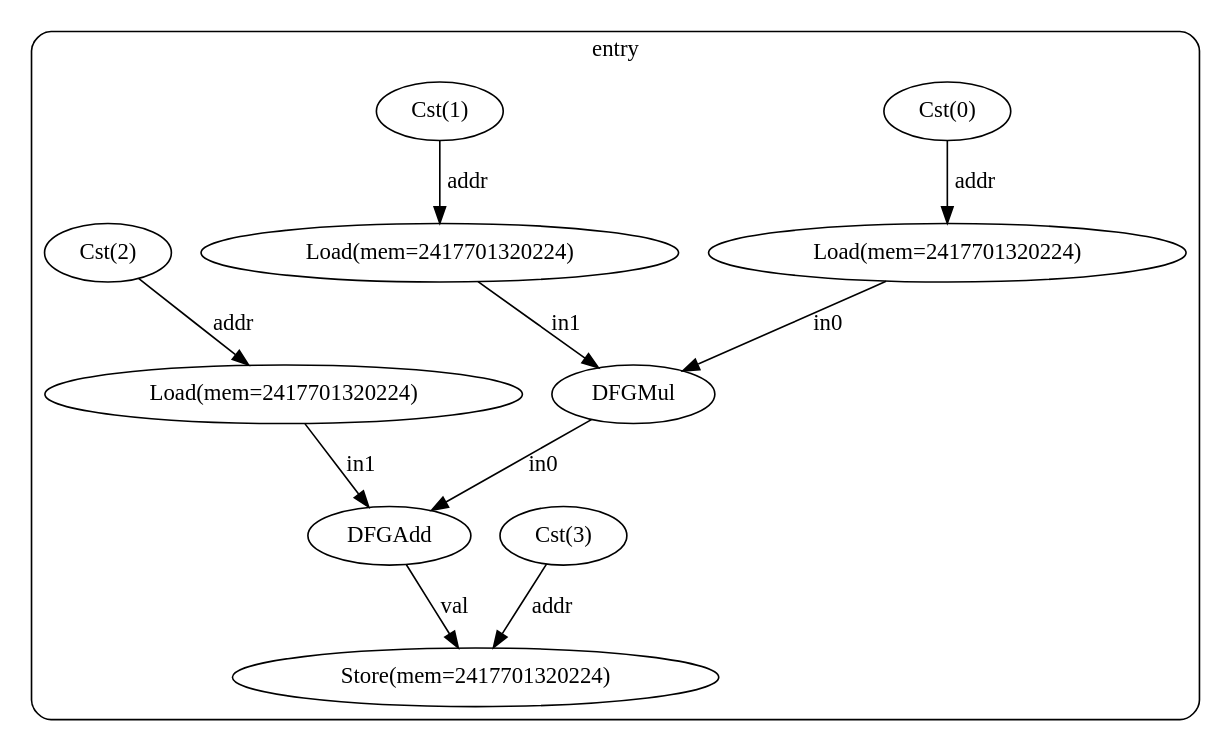
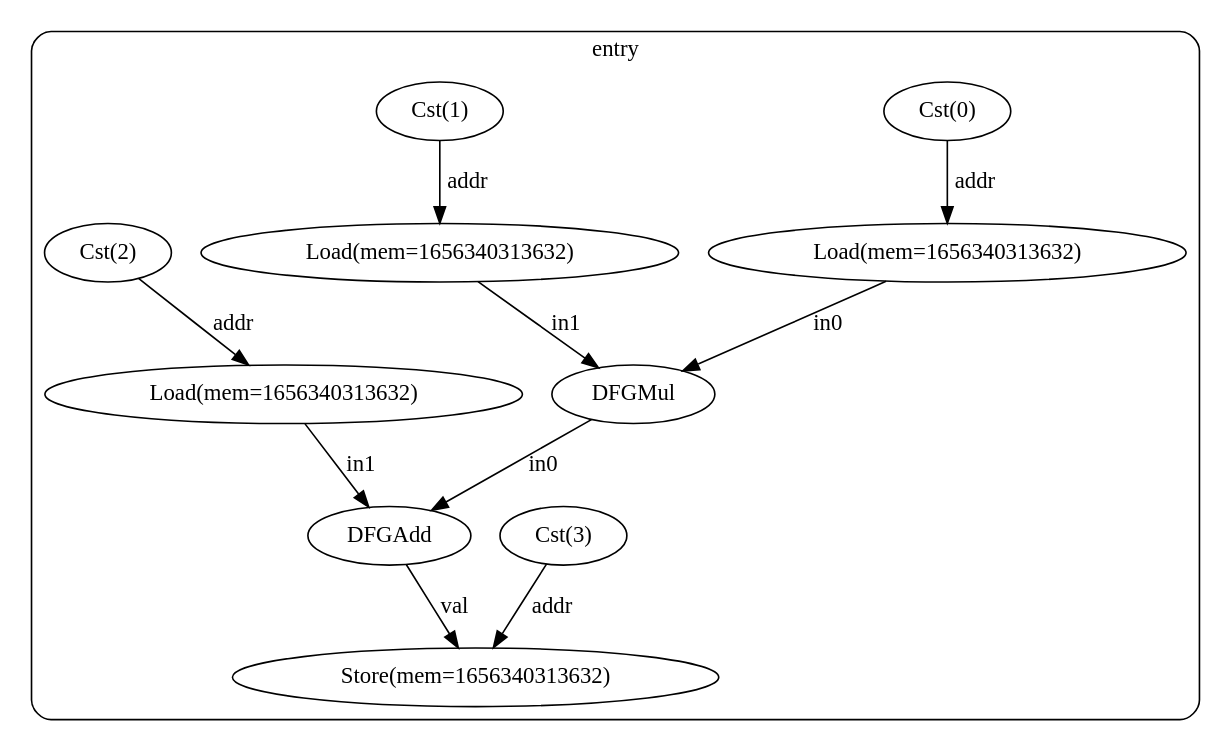
The diagram in cfg_with_dfg.dot (ma-carrillo/High-level-synthesis-assignment), drawn with Graphviz before and after one commit. The commit also changed 10 other files, not shown here.

```diff
--- a/cfg_with_dfg.dot
+++ b/cfg_with_dfg.dot
@@ -1,26 +1,26 @@
 digraph "example_cfg" {
   compound=true;
   subgraph "cluster_bb0" {
     label="entry";
     style=rounded;
     bb0_n0 [label="Cst(3)"];
     bb0_n1 [label="Cst(0)"];
-    bb0_n2 [label="Load(mem=2417701320224)"];
+    bb0_n2 [label="Load(mem=1656340313632)"];
     bb0_n3 [label="Cst(1)"];
-    bb0_n4 [label="Load(mem=2417701320224)"];
+    bb0_n4 [label="Load(mem=1656340313632)"];
     bb0_n5 [label="DFGMul"];
     bb0_n6 [label="Cst(2)"];
-    bb0_n7 [label="Load(mem=2417701320224)"];
+    bb0_n7 [label="Load(mem=1656340313632)"];
     bb0_n8 [label="DFGAdd"];
-    bb0_n9 [label="Store(mem=2417701320224)"];
+    bb0_n9 [label="Store(mem=1656340313632)"];
     bb0_n0 -> bb0_n9 [label="addr"];
     bb0_n1 -> bb0_n2 [label="addr"];
     bb0_n2 -> bb0_n5 [label="in0"];
     bb0_n3 -> bb0_n4 [label="addr"];
     bb0_n4 -> bb0_n5 [label="in1"];
     bb0_n5 -> bb0_n8 [label="in0"];
     bb0_n6 -> bb0_n7 [label="addr"];
     bb0_n7 -> bb0_n8 [label="in1"];
     bb0_n8 -> bb0_n9 [label="val"];
   }
 }
```
